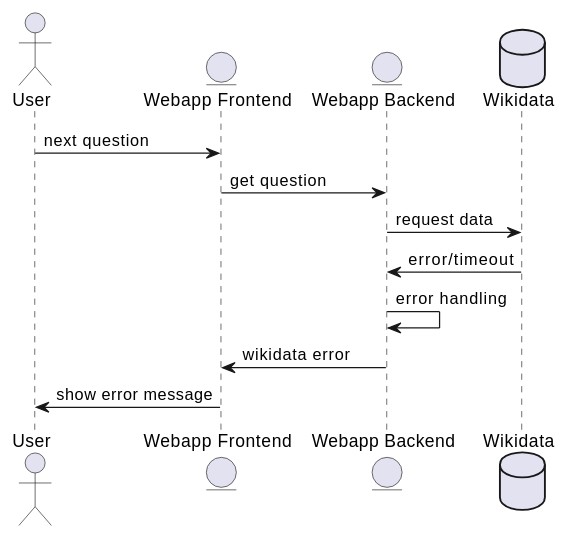
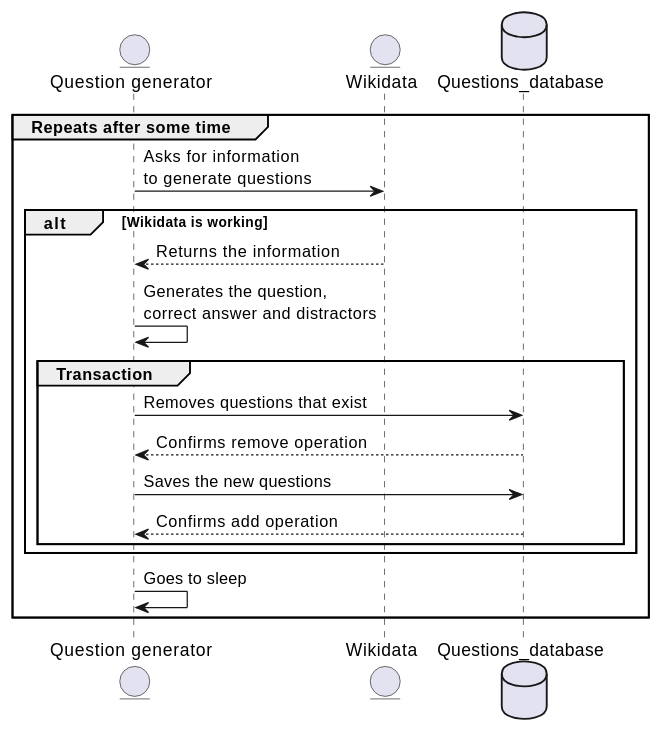
Before and after one commit to Arquisoft/wiq_en1b: the third of 5 diagrams in docs/src/06_runtime_view.adoc, drawn with PlantUML. The commit also changed other lines of this file and 1 other file, not shown here.

```diff
--- a/docs/src/06_runtime_view.adoc
+++ b/docs/src/06_runtime_view.adoc
@@ -147,14 +105,21 @@
-[plantuml,"Wikidata error",png]
+[plantuml,"Generation of questions",png]
 ----
-actor User
-entity Frontend as "Webapp Frontend"
-entity Backend as "Webapp Backend"
-database Wikidata
-User -> Frontend: next question
-Frontend -> Backend: get question
-Backend -> Wikidata: request data
-Wikidata -> Backend: error/timeout
-Backend -> Backend: error handling
-Backend -> Frontend: wikidata error
-Frontend -> User: show error message
+entity Microservice as "Question generator"
+entity Wikidata as "Wikidata"
+database Questions_database
+
+group Repeats after some time
+  Microservice -> Wikidata : Asks for information\nto generate questions
+  alt Wikidata is working 
+    Wikidata --> Microservice : Returns the information
+    Microservice -> Microservice : Generates the question,\ncorrect answer and distractors
+    group Transaction
+      Microservice -> Questions_database : Removes questions that exist
+      Questions_database --> Microservice : Confirms remove operation
+      Microservice -> Questions_database : Saves the new questions 
+      Questions_database --> Microservice : Confirms add operation
+    end group
+  end alt
+  Microservice -> Microservice : Goes to sleep
+end group
 ----
```
